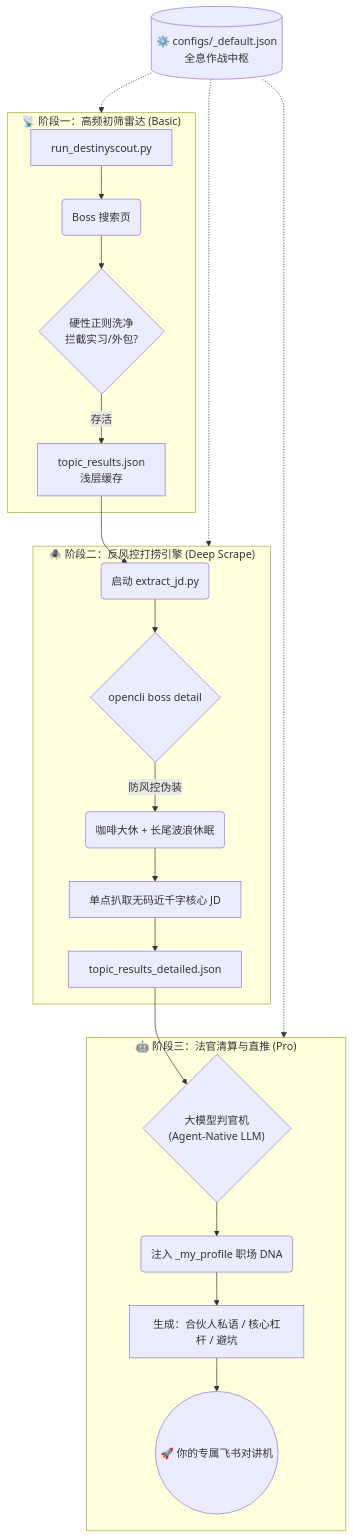
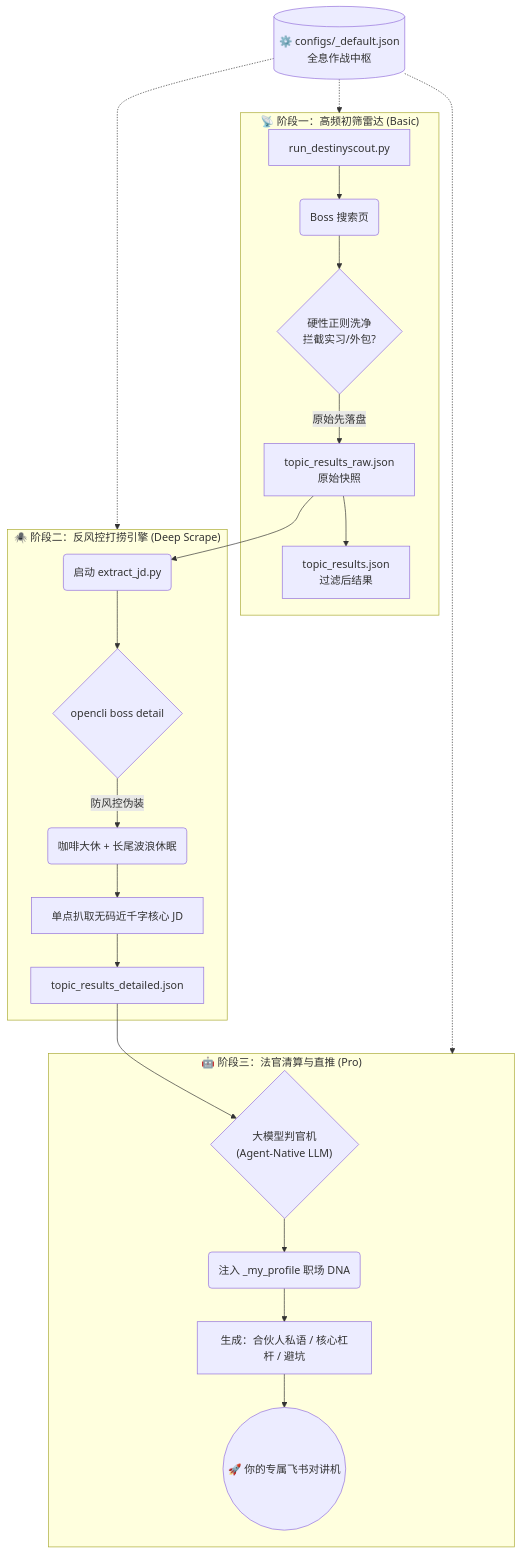
Before and after one commit to Scofy0123/skills-vault: the diagram in skills/boss-job-scout/README.md, drawn with Mermaid. The commit also changed other lines of this file and 5 other files, not shown here.

````diff
--- a/skills/boss-job-scout/README.md
+++ b/skills/boss-job-scout/README.md
@@ -38,27 +38,28 @@
 ```mermaid
 flowchart TD
     Config[("⚙️ configs/_default.json\n全息作战中枢")] -.-> Phase1
     Config -.-> Phase2
     Config -.-> Phase3
 
     subgraph Phase1 ["📡 阶段一：高频初筛雷达 (Basic)"]
         A["run_destinyscout.py"] --> B("Boss 搜索页")
         B --> C{"硬性正则洗净\n拦截实习/外包?"}
-        C -->|"存活"| E["topic_results.json\n浅层缓存"]
+        C -->|"原始先落盘"| E["topic_results_raw.json\n原始快照"]
+        E --> F["topic_results.json\n过滤后结果"]
     end
 
     subgraph Phase2 ["🕷️ 阶段二：反风控打捞引擎 (Deep Scrape)"]
         E --> G("启动 extract_jd.py")
         G --> H{"opencli boss detail"}
         H -->|"防风控伪装"| H1("咖啡大休 + 长尾波浪休眠")
         H1 --> K["单点扒取无码近千字核心 JD"]
         K --> L["topic_results_detailed.json"]
     end
 
     subgraph Phase3 ["🤖 阶段三：法官清算与直推 (Pro)"]
         L --> LLM{"大模型判官机\n(Agent-Native LLM)"}
         LLM --> Split("注入 _my_profile 职场 DNA") 
         Split --> M["生成：合伙人私语 / 核心杠杆 / 避坑"]
         M --> P(("🚀 你的专属飞书对讲机"))
     end
 ```
````
